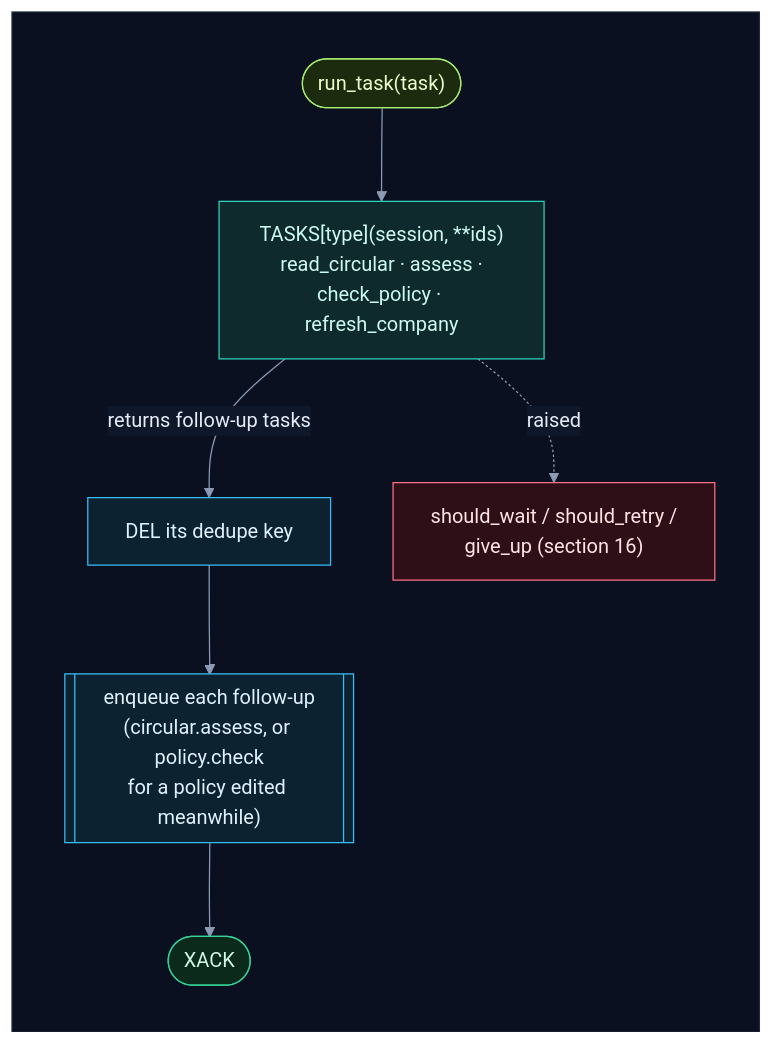
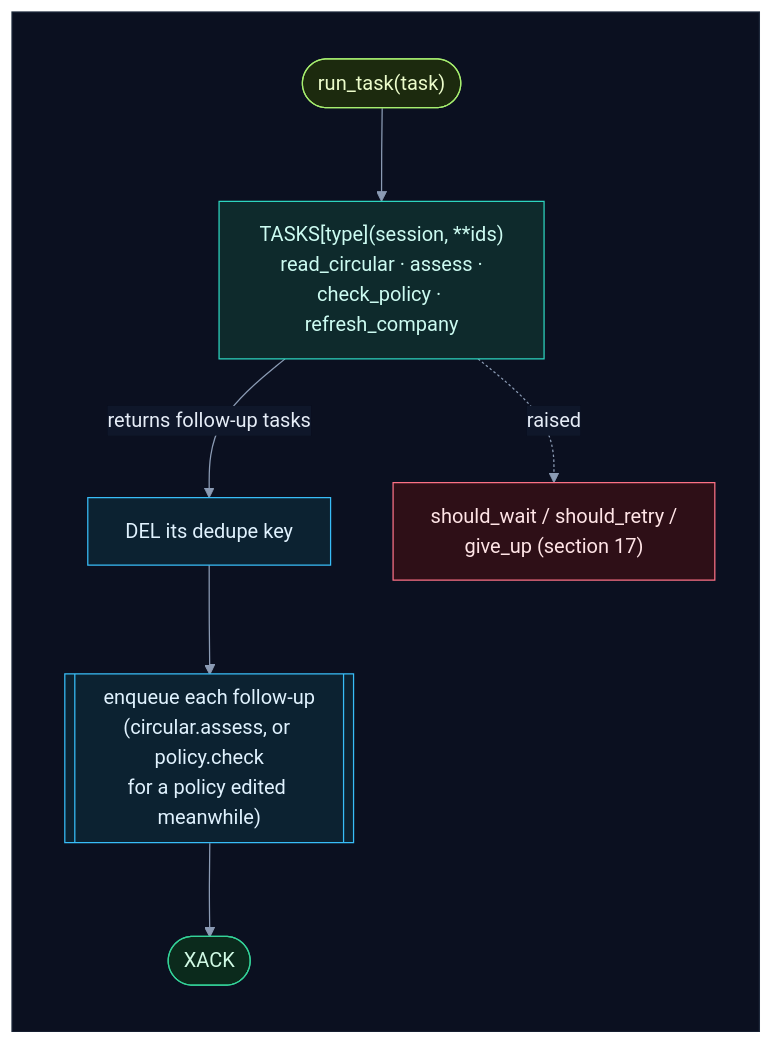
The seventh of 20 diagrams in backend/worker/INTERNALS.md (selvakumarperumal/Regulatory_Circular_Impact_Agent), drawn with Mermaid before and after one commit. The commit also changed other lines of this file and 4 other files, not shown here.

````diff
--- a/backend/worker/INTERNALS.md
+++ b/backend/worker/INTERNALS.md
@@ -293,28 +796,28 @@
 ```mermaid
 %%{init: {"theme": "base", "flowchart": {"diagramPadding": 0}, "themeVariables": {"darkMode": true, "primaryColor": "#16213a", "primaryTextColor": "#e6edf7", "primaryBorderColor": "#475a7a", "lineColor": "#8b9bb4", "secondaryColor": "#1b2436", "tertiaryColor": "#101a2e", "edgeLabelBackground": "#0f172a", "textColor": "#e2e8f0", "clusterBkg": "#0f1728", "clusterBorder": "#2b3a55", "titleColor": "#c4b5fd", "nodeTextColor": "#e6edf7"}}}%%
 flowchart TD
     subgraph canvas[" "]
         direction TB
         t(["run_task(task)"]) --> fn["TASKS[type](session, **ids)<br/>read_circular · assess ·<br/>check_policy · refresh_company"]
         fn -->|"returns follow-up tasks"| del["DEL its dedupe key"]
         del --> xadd[["enqueue each follow-up<br/>(circular.assess, or policy.check<br/>for a policy edited meanwhile)"]]
         xadd --> ack(["XACK"])
-        fn -.->|"raised"| fail["should_wait / should_retry /<br/>give_up (section 16)"]
+        fn -.->|"raised"| fail["should_wait / should_retry /<br/>give_up (section 17)"]
     end
     classDef svc fill:#0e2a2c,stroke:#2dd4bf,color:#ccfbf1
     classDef data fill:#1c1a47,stroke:#818cf8,color:#e0e7ff
     classDef ext fill:#2a1640,stroke:#c084fc,color:#f3e8ff
     classDef gpu fill:#2d1b0c,stroke:#fb923c,color:#ffedd5
     classDef ask fill:#2a2410,stroke:#fbbf24,color:#fef3c7
     classDef ok fill:#0b2a1c,stroke:#34d399,color:#d1fae5
     classDef bad fill:#2e0f17,stroke:#fb7185,color:#ffe4e6
     classDef start fill:#1c2a0e,stroke:#a7ef6f,color:#ecfccb
     classDef muted fill:#1a2130,stroke:#64748b,color:#cbd5e1
     classDef queue fill:#0c2231,stroke:#38bdf8,color:#e0f2fe
     class t start
     class fn svc
     class del,xadd queue
     class ack ok
     class fail bad
     style canvas fill:#0b1020,stroke:#1e293b,color:#0b1020
 ```
````
